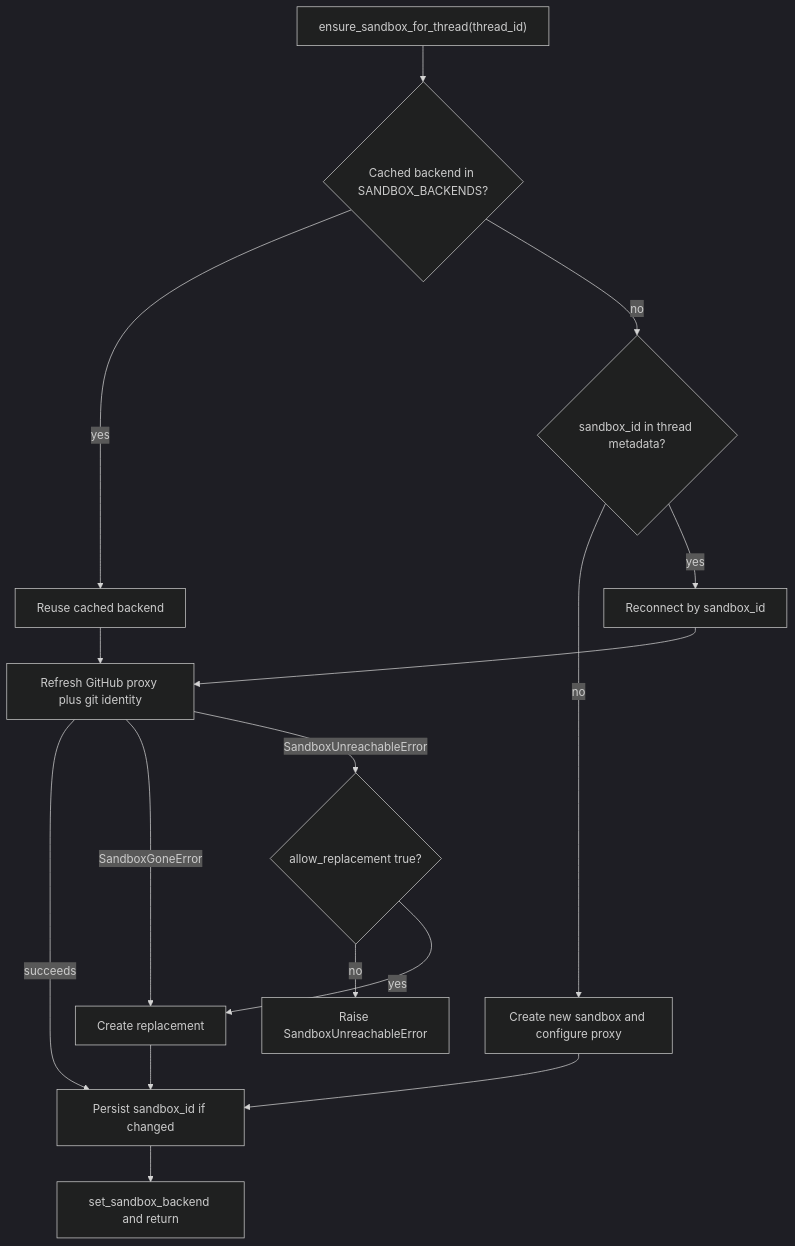
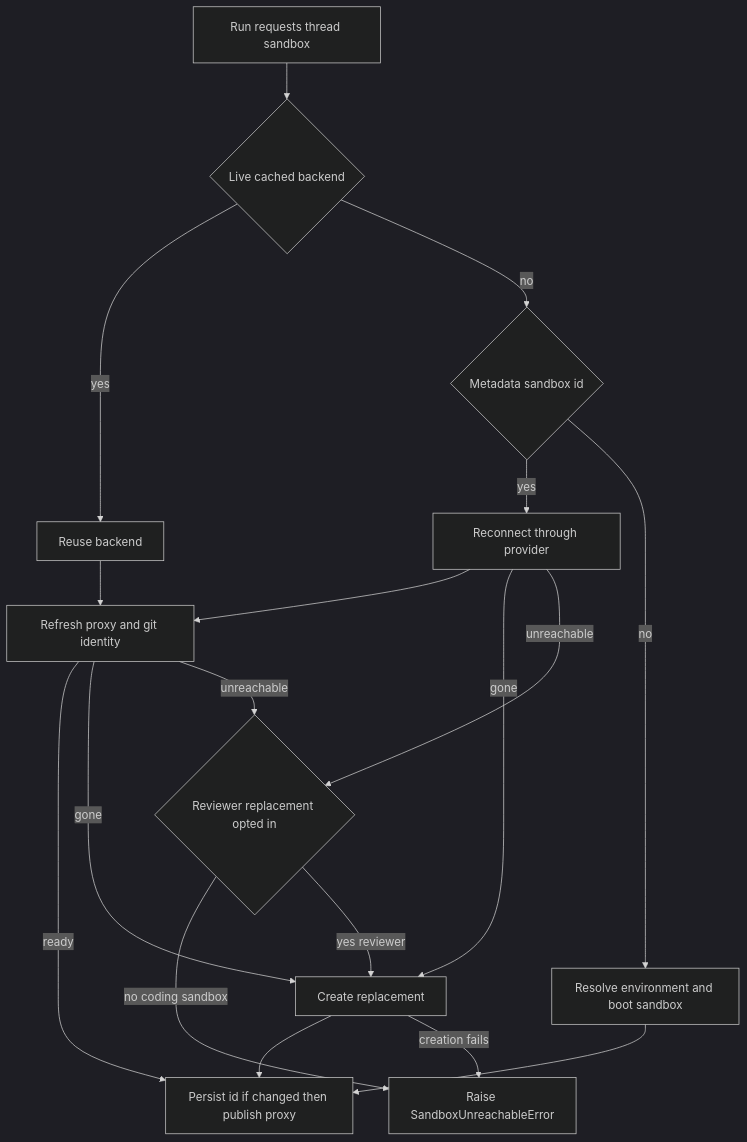
The diagram in openwiki/architecture/sandbox-lifecycle.md (langchain-ai/open-swe), drawn with Mermaid (dark theme) before and after one commit. The commit also changed other lines of this file and 52 other files, not shown here.

````diff
--- a/openwiki/architecture/sandbox-lifecycle.md
+++ b/openwiki/architecture/sandbox-lifecycle.md
@@ -139,18 +77,20 @@
 ```mermaid
 flowchart TD
-  Start["ensure_sandbox_for_thread(thread_id)"] --> Cached{"Cached backend in SANDBOX_BACKENDS?"}
-  Cached -->|"yes"| Reuse["Reuse cached backend"]
-  Cached -->|"no"| MetaId{"sandbox_id in thread metadata?"}
-  MetaId -->|"no"| Create["Create new sandbox and configure proxy"]
-  MetaId -->|"yes"| Reconnect["Reconnect by sandbox_id"]
-  Reuse --> Refresh["Refresh GitHub proxy plus git identity"]
+  Begin["Run requests thread sandbox"] --> Cache{"Live cached backend"}
+  Cache -->|"yes"| Reuse["Reuse backend"]
+  Cache -->|"no"| Binding{"Metadata sandbox id"}
+  Binding -->|"yes"| Reconnect["Reconnect through provider"]
+  Binding -->|"no"| Create["Resolve environment and boot sandbox"]
+  Reuse --> Refresh["Refresh proxy and git identity"]
   Reconnect --> Refresh
-  Refresh -->|"succeeds"| Bind
-  Refresh -->|"SandboxGoneError"| Replace["Create replacement"]
-  Refresh -->|"SandboxUnreachableError"| AllowRepl{"allow_replacement true?"}
-  AllowRepl -->|"no"| Raise["Raise SandboxUnreachableError"]
-  AllowRepl -->|"yes"| Replace
-  Create --> Bind["Persist sandbox_id if changed"]
-  Replace --> Bind
-  Bind --> Publish["set_sandbox_backend and return"]
+  Refresh -->|"ready"| Publish["Persist id if changed then publish proxy"]
+  Create --> Publish
+  Reconnect -->|"gone"| Recreate["Create replacement"]
+  Refresh -->|"gone"| Recreate
+  Reconnect -->|"unreachable"| Policy{"Reviewer replacement opted in"}
+  Refresh -->|"unreachable"| Policy
+  Policy -->|"no coding sandbox"| Fail["Raise SandboxUnreachableError"]
+  Policy -->|"yes reviewer"| Recreate
+  Recreate --> Publish
+  Recreate -->|"creation fails"| Fail
 ```
````
